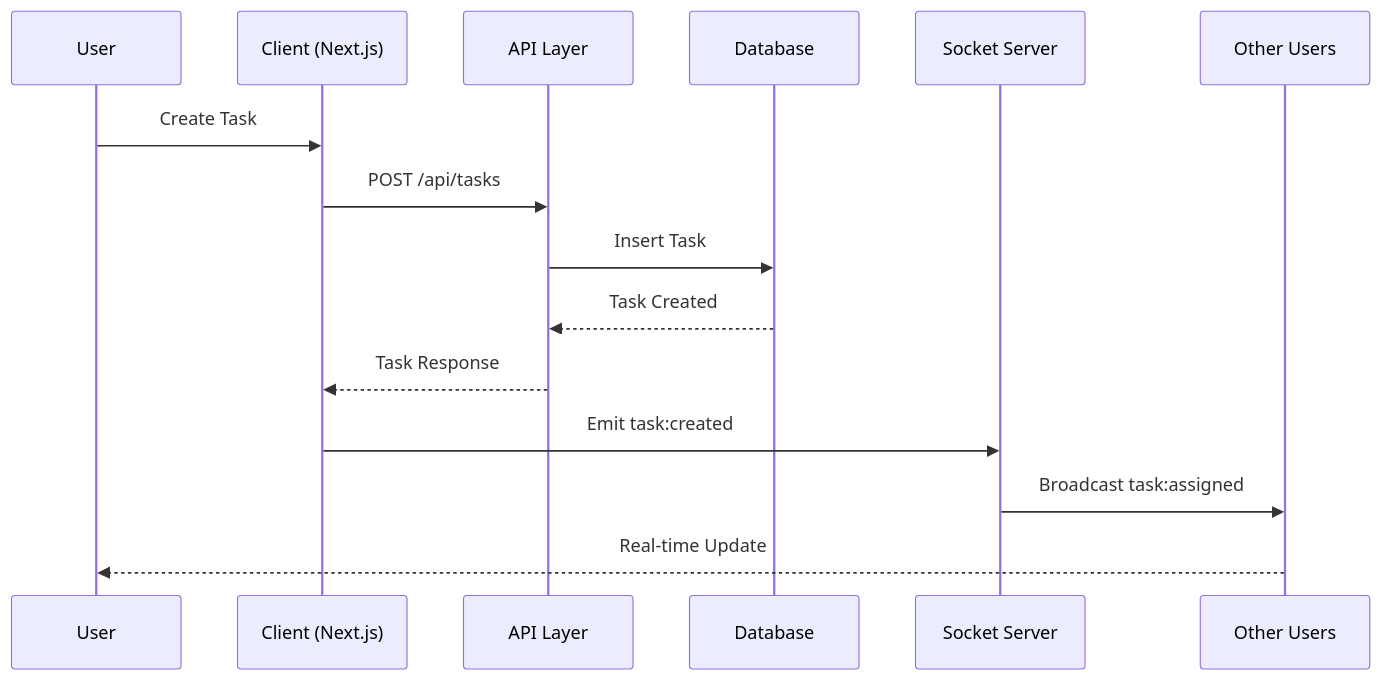
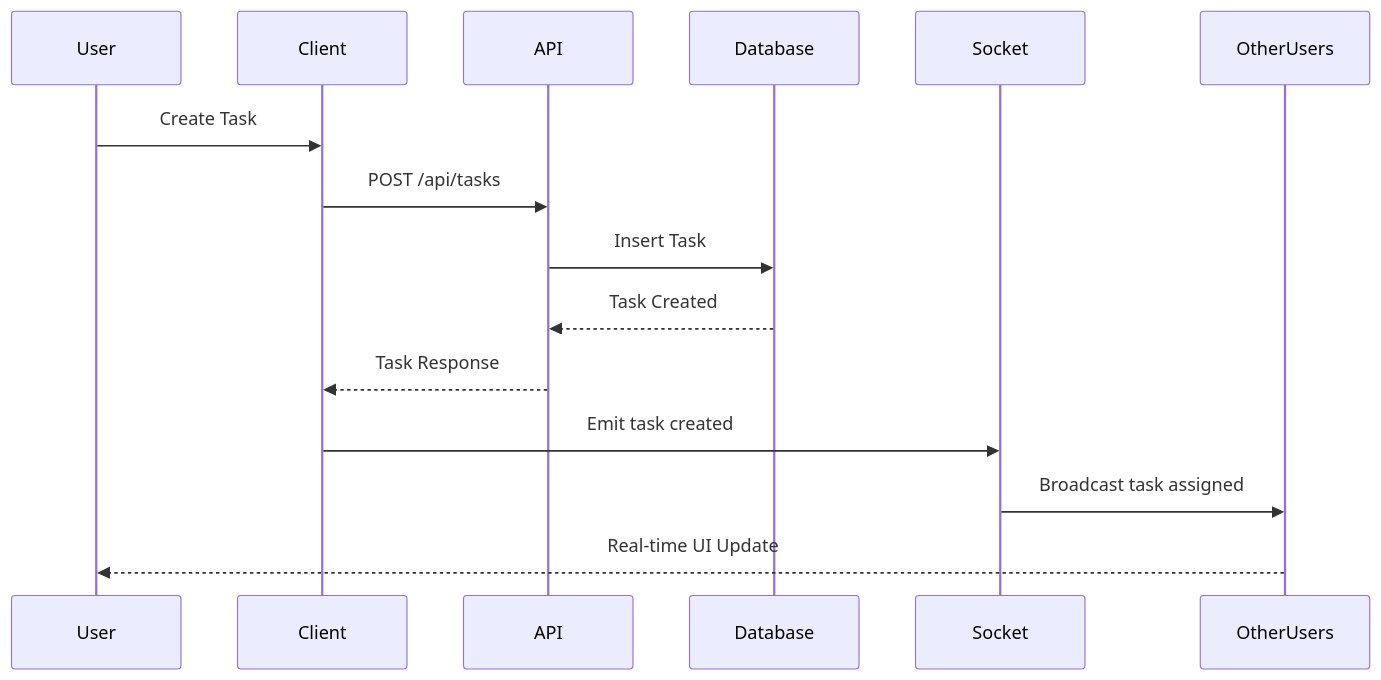
One commit to anshsharmacse/Real-time-Collaborative-Task-Manager changed the second of 24 diagrams in README.md. Above: the diagram before and after it, drawn with Mermaid. The commit also changed other lines of this file, not shown here.

````diff
--- a/README.md
+++ b/README.md
@@ -178,18 +139,18 @@
 ```mermaid
 sequenceDiagram
-    participant U as User
-    participant C as Client (Next.js)
-    participant A as API Layer
-    participant D as Database
-    participant S as Socket Server
-    participant O as Other Users
+    participant User
+    participant Client
+    participant API
+    participant Database
+    participant Socket
+    participant OtherUsers
     
-    U->>C: Create Task
-    C->>A: POST /api/tasks
-    A->>D: Insert Task
-    D-->>A: Task Created
-    A-->>C: Task Response
-    C->>S: Emit task:created
-    S->>O: Broadcast task:assigned
-    O-->>U: Real-time Update
+    User->>Client: Create Task
+    Client->>API: POST /api/tasks
+    API->>Database: Insert Task
+    Database-->>API: Task Created
+    API-->>Client: Task Response
+    Client->>Socket: Emit task created
+    Socket->>OtherUsers: Broadcast task assigned
+    OtherUsers-->>User: Real-time UI Update
 ```
````
